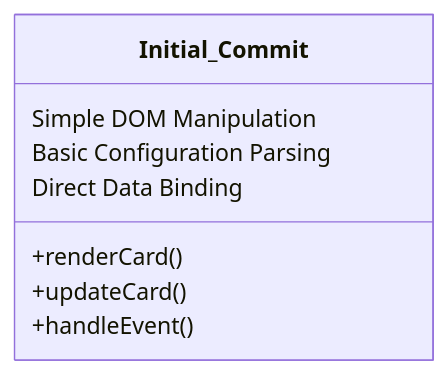
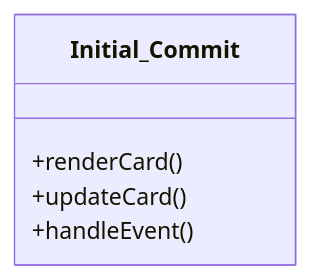
The second of 22 diagrams in docs_site/api-evolution.md (daredoes/linked-lovelace-ui), drawn with Mermaid before and after one commit. The commit also changed other lines of this file and 1 other file, not shown here.

First line of the commit message:
Fix Mermaid diagram syntax errors in documentation

````diff
--- a/docs_site/api-evolution.md
+++ b/docs_site/api-evolution.md
@@ -42,12 +42,8 @@
 ```mermaid
 classDiagram
     class Initial_Commit {
         +renderCard()
         +updateCard()
         +handleEvent()
     }
-    
-    Initial_Commit : Simple DOM Manipulation
-    Initial_Commit : Basic Configuration Parsing
-    Initial_Commit : Direct Data Binding
 ```
````
